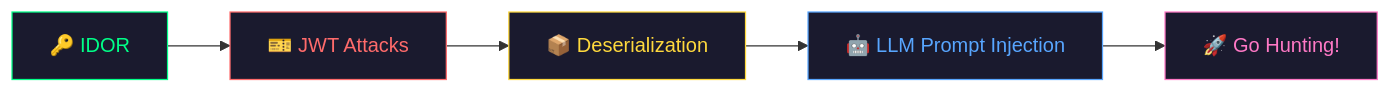
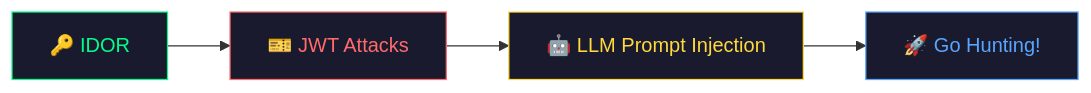
Before and after one commit to f20230198-art/Bug-Bounty-Hunting: the first of 3 diagrams in Day-3.md, drawn with Mermaid. The commit also changed other lines of this file and 8 other files, not shown here.

````diff
--- a/Day-3.md
+++ b/Day-3.md
@@ -11,12 +11,10 @@
 ```mermaid
 graph LR
     A["🔑 IDOR"] --> B["🎫 JWT Attacks"]
-    B --> C["📦 Deserialization"]
-    C --> D["🤖 LLM Prompt Injection"]
-    D --> E["🚀 Go Hunting!"]
+    B --> C["🤖 LLM Prompt Injection"]
+    C --> D["🚀 Go Hunting!"]
     style A fill:#1a1a2e,stroke:#00ff88,color:#00ff88
     style B fill:#1a1a2e,stroke:#ff6b6b,color:#ff6b6b
     style C fill:#1a1a2e,stroke:#ffd93d,color:#ffd93d
     style D fill:#1a1a2e,stroke:#58a6ff,color:#58a6ff
-    style E fill:#1a1a2e,stroke:#ff79c6,color:#ff79c6
 ```
````
